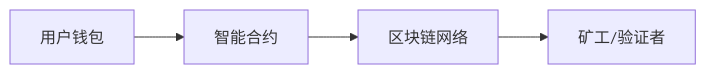
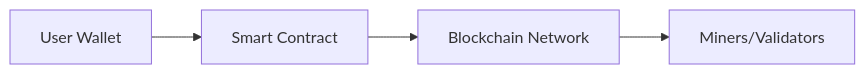
Before and after one commit to liweinan/deepseek-answers: the fourth of 6 diagrams in files/rmb.md, drawn with Mermaid. The commit also changed other lines of this file and 13 other files, not shown here.

````diff
--- a/files/rmb.md
+++ b/files/rmb.md
@@ -140,6 +140,6 @@
       ```mermaid
       graph LR
-        A[用户钱包] --> B[智能合约]
-        B --> C[区块链网络]
-        C --> D[矿工/验证者]
+        A[User Wallet] --> B[Smart Contract]
+        B --> C[Blockchain Network]
+        C --> D[Miners/Validators]
       ```
````
